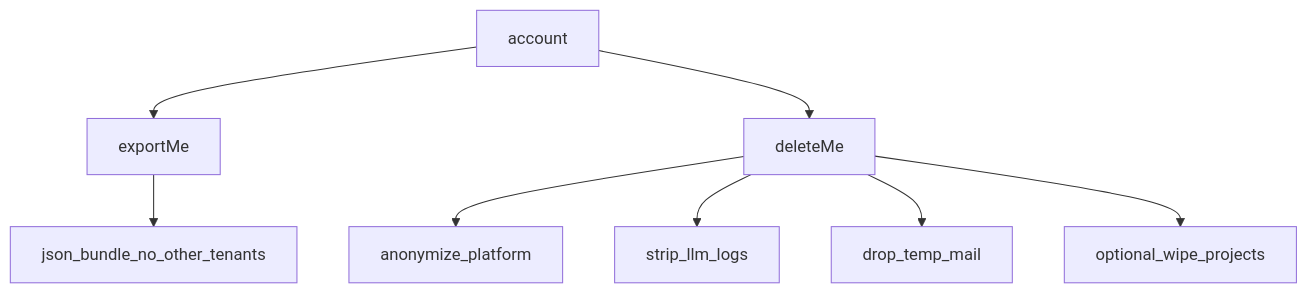
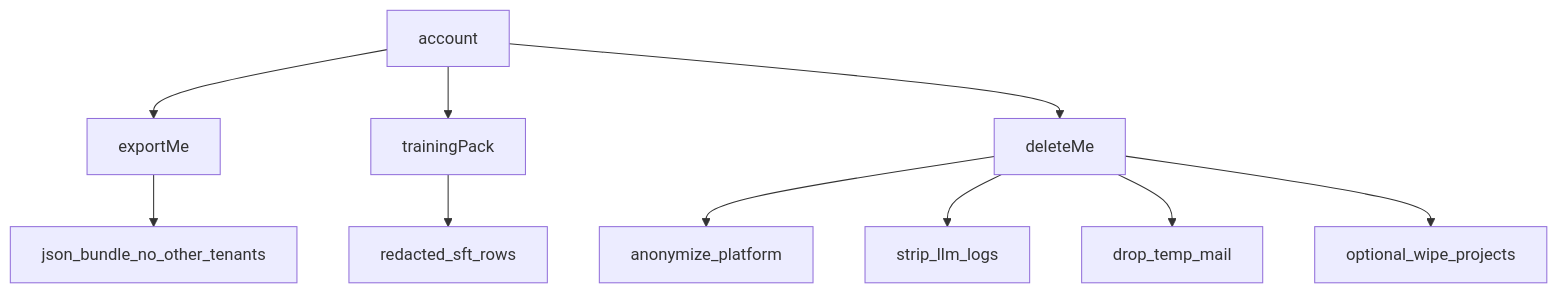
Before and after one commit to emrahyasinisik/Cherry: the second of 2 diagrams in docs/gdpr-kvkk.md, drawn with Mermaid. The commit also changed other lines of this file and 36 other files, not shown here.

First line of the commit message:
Add Colab training files and studio pack export.

````diff
--- a/docs/gdpr-kvkk.md
+++ b/docs/gdpr-kvkk.md
@@ -22,10 +22,12 @@
 ```mermaid
 flowchart TB
   User[account] --> Export[exportMe]
+  User --> Pack[trainingPack]
   User --> Delete[deleteMe]
   Export --> Bundle[json_bundle_no_other_tenants]
+  Pack --> Colab[redacted_sft_rows]
   Delete --> Anon[anonymize_platform]
   Delete --> Logs[strip_llm_logs]
   Delete --> Mail[drop_temp_mail]
   Delete --> Files[optional_wipe_projects]
 ```
````
